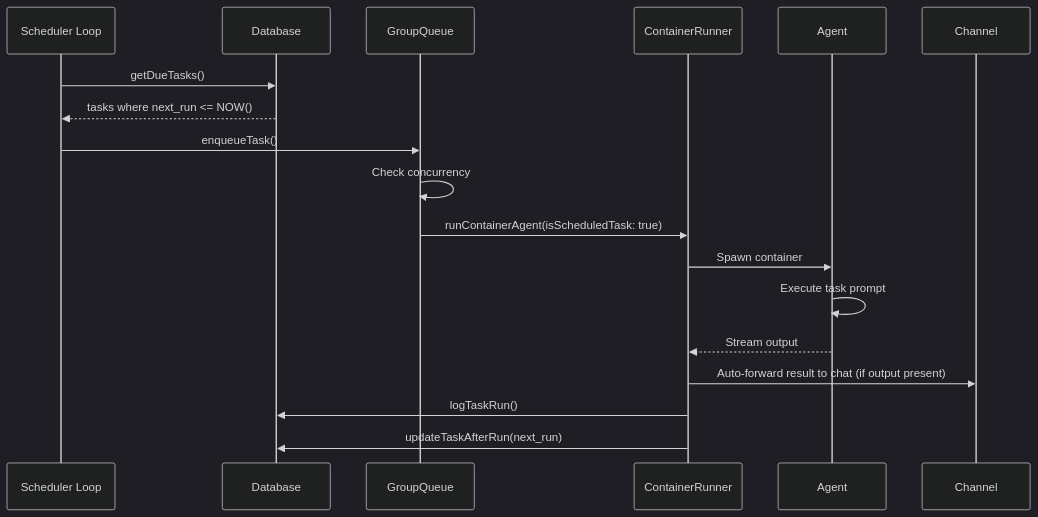
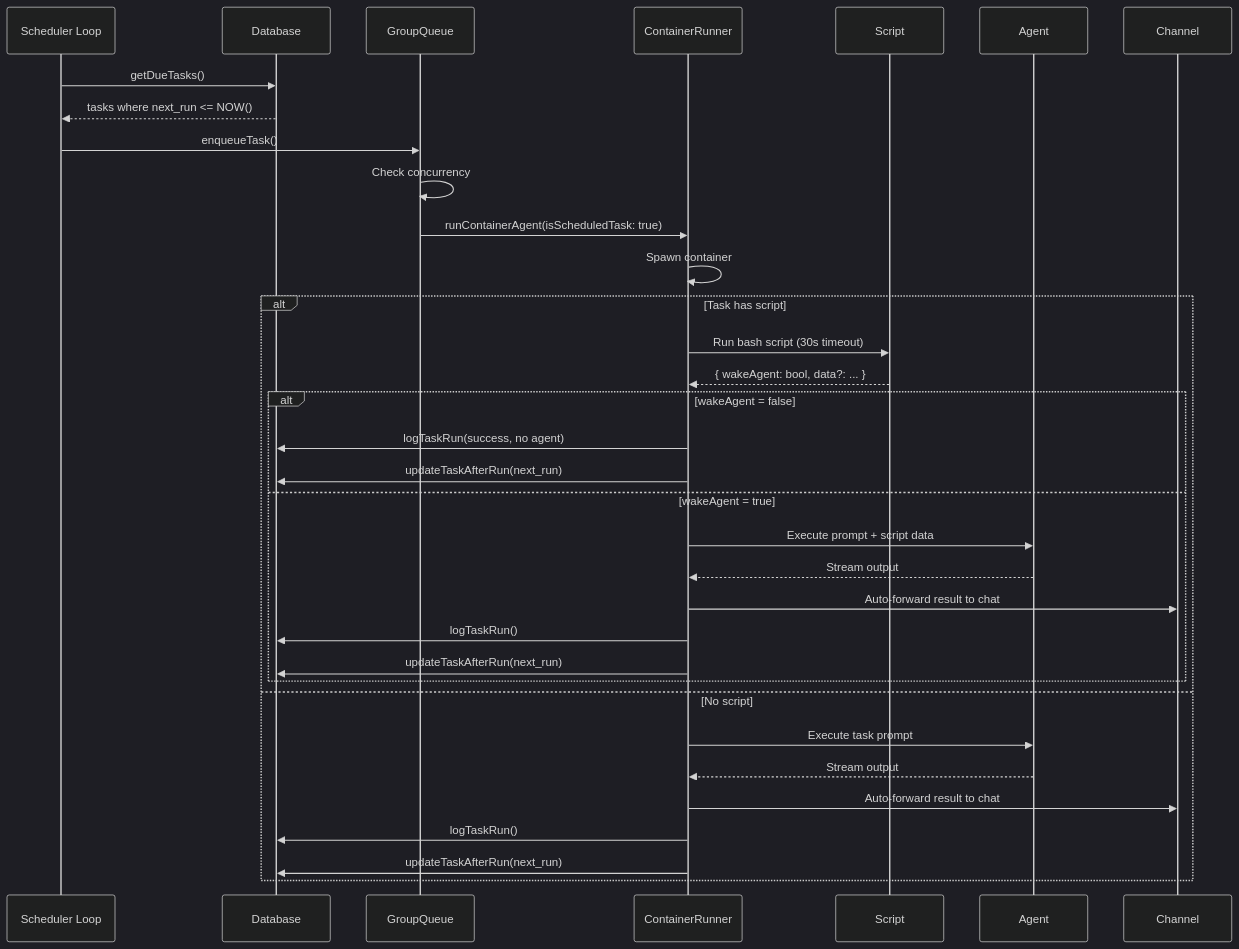
Before and after one commit to glifocat/nanoclaw-docs: the diagram in concepts/tasks.mdx, drawn with Mermaid (dark theme). The commit also changed other lines of this file and 2 other files, not shown here.

Commit message:
docs: document task scripts feature for scheduled tasks

````diff
--- a/concepts/tasks.mdx
+++ b/concepts/tasks.mdx
@@ -104,21 +105,37 @@
 ```mermaid
 sequenceDiagram
     participant SCH as Scheduler Loop
     participant DB as Database
     participant GQ as GroupQueue
     participant CR as ContainerRunner
+    participant SC as Script
     participant AG as Agent
     participant CH as Channel
     
     SCH->>DB: getDueTasks()
     DB-->>SCH: tasks where next_run <= NOW()
     SCH->>GQ: enqueueTask()
     GQ->>GQ: Check concurrency
     GQ->>CR: runContainerAgent(isScheduledTask: true)
-    CR->>AG: Spawn container
-    AG->>AG: Execute task prompt
-    AG-->>CR: Stream output
-    CR->>CH: Auto-forward result to chat (if output present)
-    CR->>DB: logTaskRun()
-    CR->>DB: updateTaskAfterRun(next_run)
+    CR->>CR: Spawn container
+    alt Task has script
+        CR->>SC: Run bash script (30s timeout)
+        SC-->>CR: { wakeAgent: bool, data?: ... }
+        alt wakeAgent = false
+            CR->>DB: logTaskRun(success, no agent)
+            CR->>DB: updateTaskAfterRun(next_run)
+        else wakeAgent = true
+            CR->>AG: Execute prompt + script data
+            AG-->>CR: Stream output
+            CR->>CH: Auto-forward result to chat
+            CR->>DB: logTaskRun()
+            CR->>DB: updateTaskAfterRun(next_run)
+        end
+    else No script
+        CR->>AG: Execute task prompt
+        AG-->>CR: Stream output
+        CR->>CH: Auto-forward result to chat
+        CR->>DB: logTaskRun()
+        CR->>DB: updateTaskAfterRun(next_run)
+    end
 ```
````
